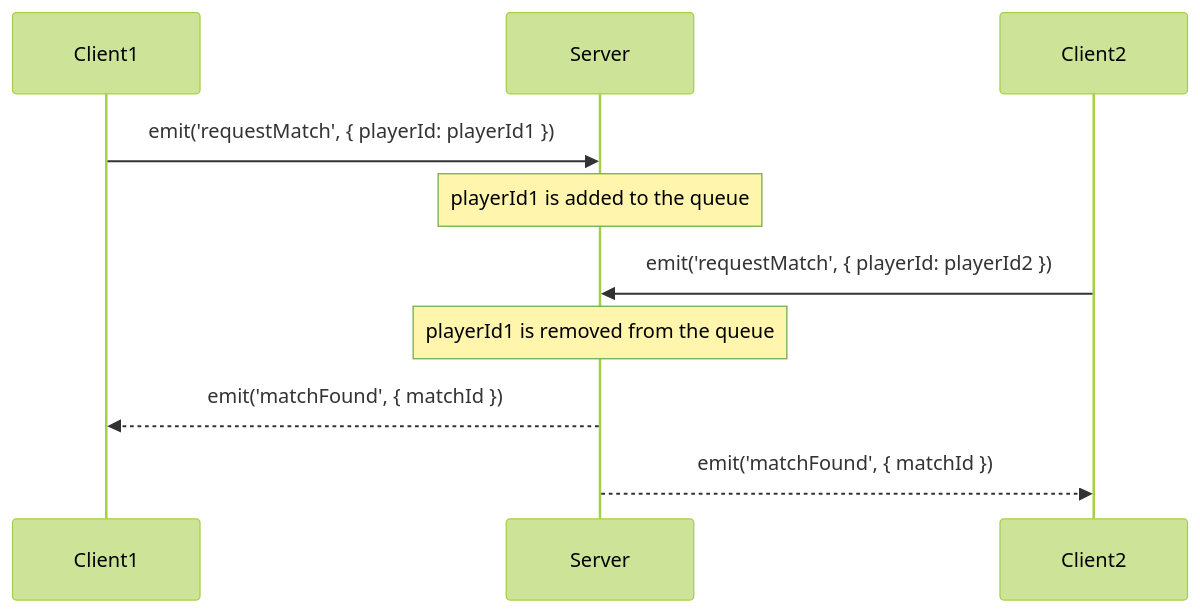
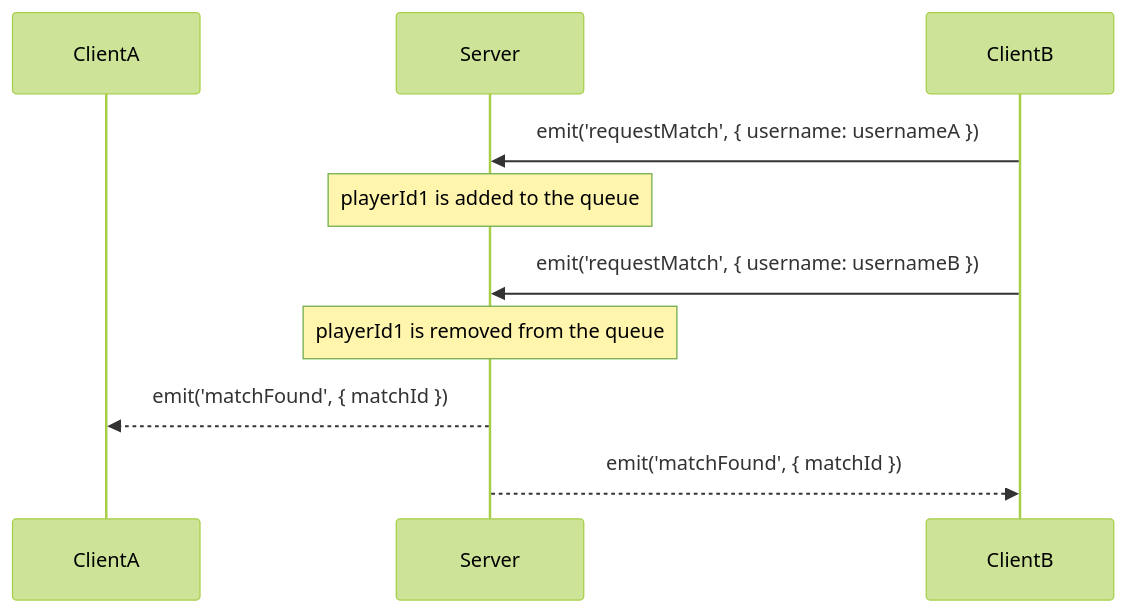
Before and after one commit to AndreaB2000/ASW-project: the sixth of 7 diagrams in docs/report.md, drawn with Mermaid (forest theme). The commit also changed other lines of this file and 3 other files, not shown here.

Commit message:
feat: add requestMatchWithBot to socket options. implement matchmaking controller for request match with bot

````diff
--- a/docs/report.md
+++ b/docs/report.md
@@ -495,15 +496,15 @@
 ```mermaid
 sequenceDiagram
-   participant Client1
+   participant ClientA
    participant Server
-   participant Client2
+   participant ClientB
 
-   Client1->>Server: emit('requestMatch', { playerId: playerId1 })
+   ClientB->>Server: emit('requestMatch', { username: usernameA })
    Note over Server: playerId1 is added to the queue
 
-   Client2->>Server: emit('requestMatch', { playerId: playerId2 })
+   ClientB->>Server: emit('requestMatch', { username: usernameB })
 
    Note over Server: playerId1 is removed from the queue
-   Server-->>Client1: emit('matchFound', { matchId })
-   Server-->>Client2: emit('matchFound', { matchId })
+   Server-->>ClientA: emit('matchFound', { matchId })
+   Server-->>ClientB: emit('matchFound', { matchId })
 ```
````
